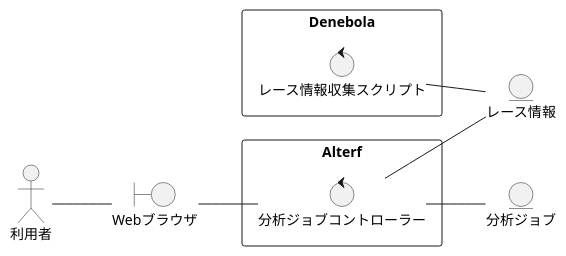
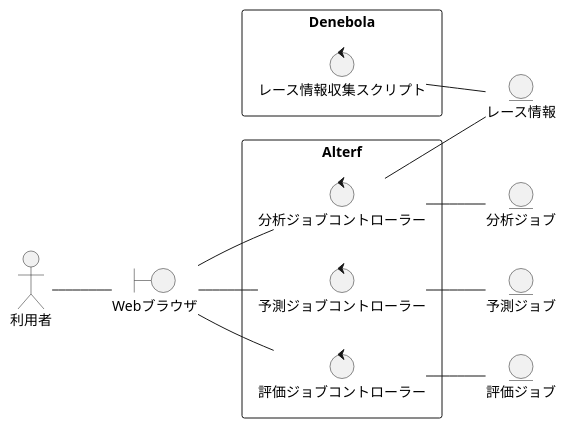
One commit to Leonis0813/chort changed the diagram in horse-race_estimator/index.rst. Above: the diagram before and after it, drawn with PlantUML. The commit also changed other lines of this file, not shown here.

Commit message:
update service index

```diff
--- a/horse-race_estimator/index.rst
+++ b/horse-race_estimator/index.rst
@@ -9,22 +9,30 @@
 .. uml::
 
    left to right direction
    skinparam packageStyle rect
    actor 利用者
    boundary Webブラウザ
    entity レース情報
    entity 分析ジョブ
+   entity 予測ジョブ
+   entity 評価ジョブ
 
    利用者 -- Webブラウザ
 
    rectangle Alterf {
      control 分析ジョブコントローラー
+     control 予測ジョブコントローラー
+     control 評価ジョブコントローラー
      Webブラウザ -- 分析ジョブコントローラー
+     Webブラウザ -- 予測ジョブコントローラー
+     Webブラウザ -- 評価ジョブコントローラー
      分析ジョブコントローラー -- レース情報
      分析ジョブコントローラー -- 分析ジョブ
+     予測ジョブコントローラー -- 予測ジョブ
+     評価ジョブコントローラー -- 評価ジョブ
    }
 
    rectangle Denebola {
      control レース情報収集スクリプト
      レース情報収集スクリプト -- レース情報
    }
```
